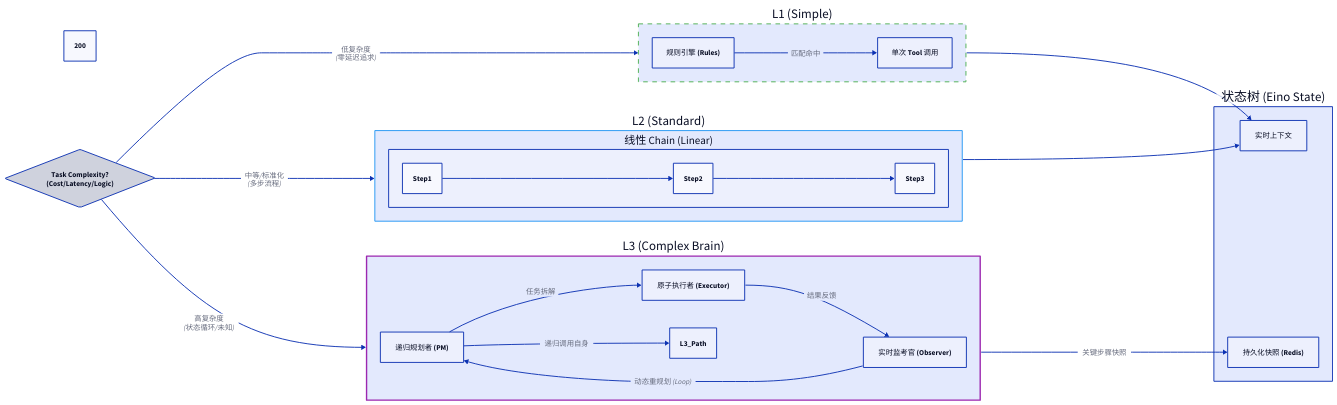
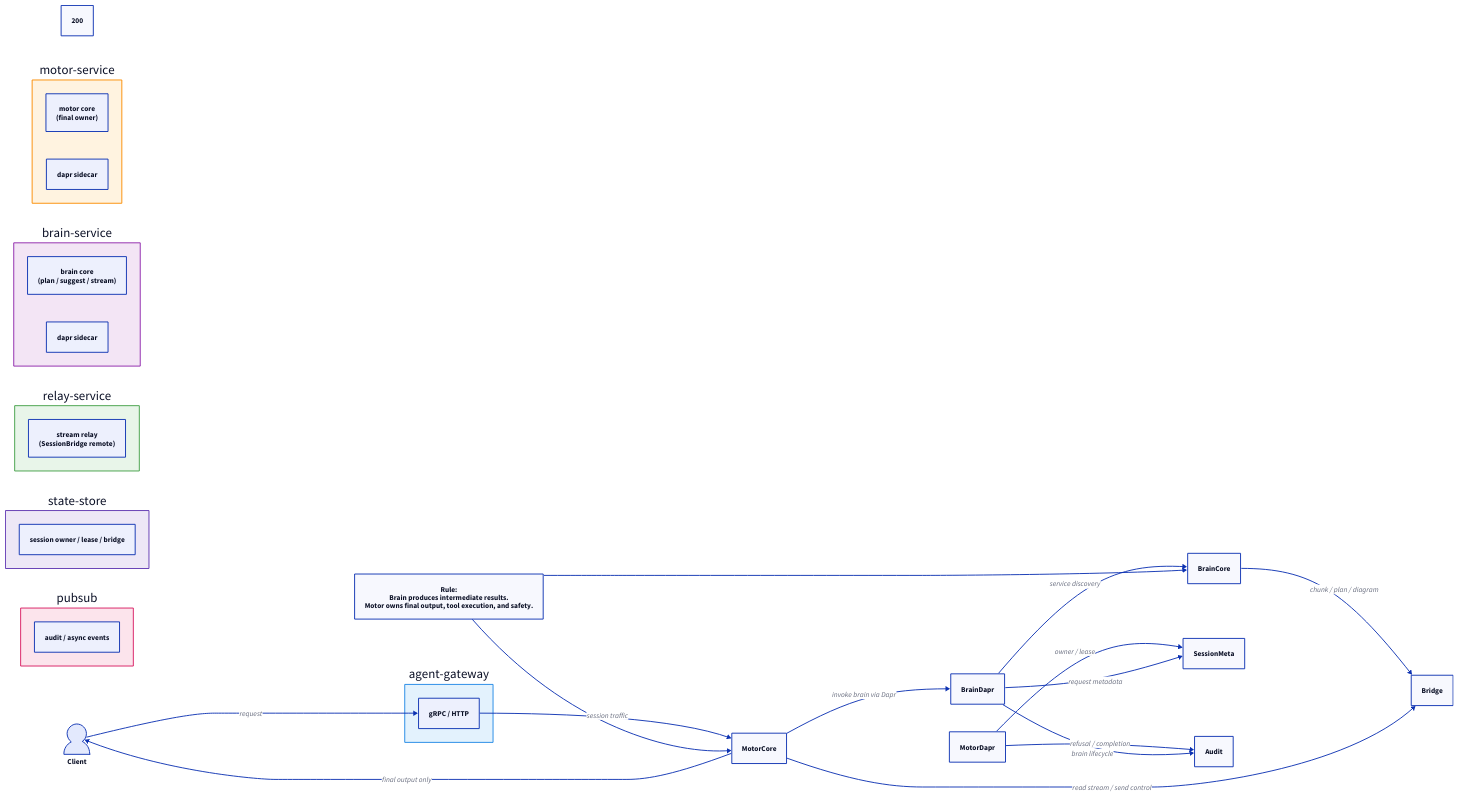
One commit to qtopie/domour changed the diagram in docs/brain.md. Above: the diagram before and after it, drawn with D2. The commit also changed other lines of this file and 69 other files, not shown here.

````diff
--- a/docs/brain.md
+++ b/docs/brain.md
@@ -51,59 +82,82 @@
 ```d2
 direction: right
 theme: 200
 
-# 1. 入口与分流层
-Dispatcher: 复杂度评估器 (Observer) {
-  shape: diamond
-  label: "Task Complexity?\n(Cost/Latency/Logic)"
+Client: Client {
+  shape: person
 }
 
-# 2. 三级执行路径
-# --- L1: 简单路径 ---
-L1_Path: L1 (Simple) {
-  style: { stroke: "#4caf50"; stroke-dash: 5 }
-  Router: 规则引擎 (Rules)
-  Tool: 单次 Tool 调用
-  
-  Router -> Tool: 匹配命中
+AgentGateway: agent-gateway {
+  style: {
+    fill: "#e3f2fd"
+    stroke: "#1e88e5"
+  }
+  API: "gRPC / HTTP"
 }
 
-# --- L2: 一般路径 ---
-L2_Path: L2 (Standard) {
-  style: { stroke: "#2196f3" }
-  Chain: 线性 Chain (Linear) {
-    Step1 -> Step2 -> Step3
+MotorPod: motor-service {
+  style: {
+    fill: "#fff3e0"
+    stroke: "#fb8c00"
   }
+  MotorCore: "motor core\n(final owner)"
+  MotorDapr: "dapr sidecar"
 }
 
-# --- L3: 复杂路径 (Cosmos Star 核心) ---
-L3_Path: L3 (Complex Brain) {
-  style: { stroke: "#9c27b0"; stroke-width: 3 }
-  
-  Planner: 递归规划者 (PM)
-  Worker: 原子执行者 (Executor)
-  Monitor: 实时监考官 (Observer)
-
-  Planner -> Worker: 任务拆解
-  Worker -> Monitor: 结果反馈
-  Monitor -> Planner: 动态重规划 (Loop)
-  
-  # 递归：子任务过大时重回 Planner
-  Planner -> L3_Path: 递归调用自身
+BrainPod: brain-service {
+  style: {
+    fill: "#f3e5f5"
+    stroke: "#8e24aa"
+  }
+  BrainCore: "brain core\n(plan / suggest / stream)"
+  BrainDapr: "dapr sidecar"
 }
 
-# 3. 支撑层
-State_Tree: 状态树 (Eino State) {
-  Short_Term: 实时上下文
-  Mid_Term: 持久化快照 (Redis)
+Relay: relay-service {
+  style: {
+    fill: "#e8f5e9"
+    stroke: "#43a047"
+  }
+  Bridge: "stream relay\n(SessionBridge remote)"
 }
 
-# 连线关系
-Dispatcher -> L1_Path: "低复杂度\n(零延迟追求)"
-Dispatcher -> L2_Path: "中等/标准化\n(多步流程)"
-Dispatcher -> L3_Path: "高复杂度\n(状态循环/未知)"
+StateStore: state-store {
+  style: {
+    fill: "#ede7f6"
+    stroke: "#5e35b1"
+  }
+  SessionMeta: "session owner / lease / bridge"
+}
 
-L1_Path -> State_Tree.Short_Term
-L2_Path -> State_Tree.Short_Term
-L3_Path -> State_Tree.Mid_Term: "关键步骤快照"
+PubSub: pubsub {
+  style: {
+    fill: "#fce4ec"
+    stroke: "#d81b60"
+  }
+  Audit: "audit / async events"
+}
+
+Client -> AgentGateway.API: request
+AgentGateway.API -> MotorCore: session traffic
+
+MotorCore -> BrainDapr: invoke brain via Dapr
+BrainDapr -> BrainCore: service discovery
+
+BrainCore -> Bridge: chunk / plan / diagram
+MotorCore -> Bridge: read stream / send control
+
+MotorDapr -> SessionMeta: owner / lease
+BrainDapr -> SessionMeta: request metadata
+
+MotorDapr -> Audit: refusal / completion
+BrainDapr -> Audit: brain lifecycle
+
+MotorCore -> Client: final output only
+
+note: {
+  label: "Rule:\nBrain produces intermediate results.\nMotor owns final output, tool execution, and safety."
+}
+
+note -> MotorCore
+note -> BrainCore
 ```
````
